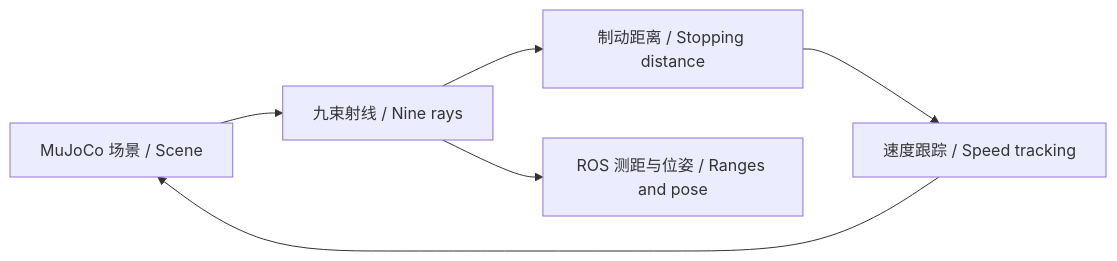
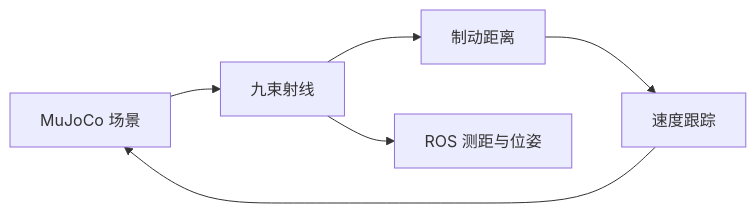
Before and after one commit to OpenHUTB/ros2: the first of 2 diagrams in docs/air/mujoco_warehouse_uav_collision_braking.md, drawn with Mermaid. The commit also changed other lines of this file and 2 other files, not shown here.

````diff
--- a/docs/air/mujoco_warehouse_uav_collision_braking.md
+++ b/docs/air/mujoco_warehouse_uav_collision_braking.md
@@ -12,8 +11,8 @@
 ```mermaid
 flowchart LR
-    A[MuJoCo 场景 / Scene] --> B[九束射线 / Nine rays]
-    B --> C[制动距离 / Stopping distance]
-    C --> D[速度跟踪 / Speed tracking]
+    A[MuJoCo 场景] --> B[九束射线]
+    B --> C[制动距离]
+    C --> D[速度跟踪]
     D --> A
-    B --> E[ROS 测距与位姿 / Ranges and pose]
+    B --> E[ROS 测距与位姿]
 ```
````
